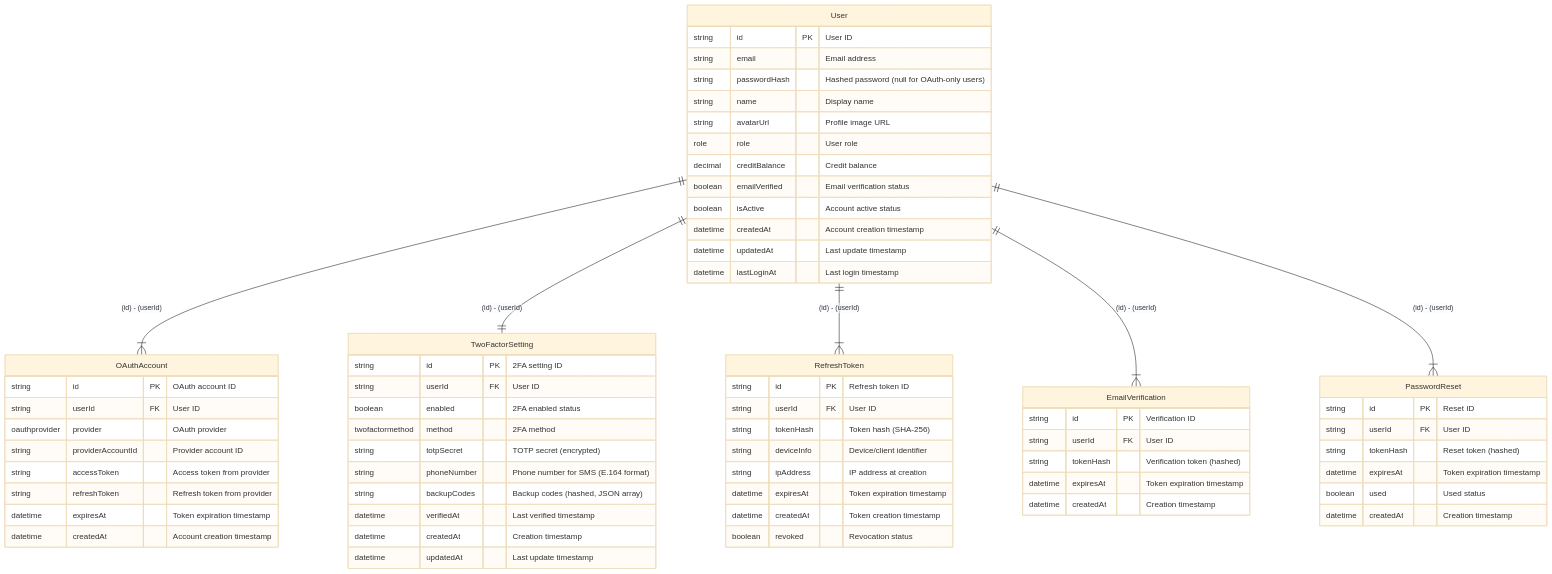
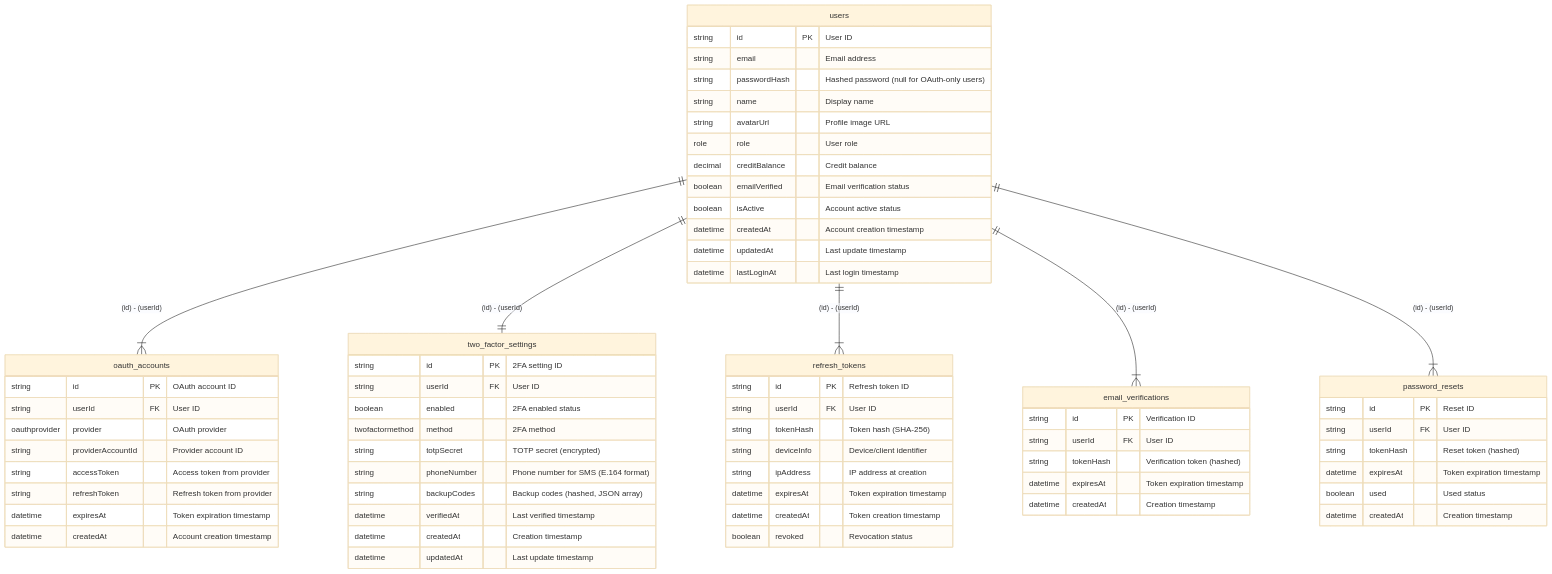
Before and after one commit to nakita628/hekireki: the diagram in fixtures/jwt-auth-pg/mermaid-er/ER.md, drawn with Mermaid (base theme). The commit also changed 10 other files, not shown here.

````diff
--- a/fixtures/jwt-auth-pg/mermaid-er/ER.md
+++ b/fixtures/jwt-auth-pg/mermaid-er/ER.md
@@ -1,69 +1,69 @@
 ```mermaid
 erDiagram
-    User ||--}| OAuthAccount : "(id) - (userId)"
-    User ||--|| TwoFactorSetting : "(id) - (userId)"
-    User ||--}| RefreshToken : "(id) - (userId)"
-    User ||--}| EmailVerification : "(id) - (userId)"
-    User ||--}| PasswordReset : "(id) - (userId)"
-    User {
+    users ||--}| oauth_accounts : "(id) - (userId)"
+    users ||--|| two_factor_settings : "(id) - (userId)"
+    users ||--}| refresh_tokens : "(id) - (userId)"
+    users ||--}| email_verifications : "(id) - (userId)"
+    users ||--}| password_resets : "(id) - (userId)"
+    users {
         string id PK "User ID"
         string email "Email address"
         string passwordHash "Hashed password (null for OAuth-only users)"
         string name "Display name"
         string avatarUrl "Profile image URL"
         role role "User role"
         decimal creditBalance "Credit balance"
         boolean emailVerified "Email verification status"
         boolean isActive "Account active status"
         datetime createdAt "Account creation timestamp"
         datetime updatedAt "Last update timestamp"
         datetime lastLoginAt "Last login timestamp"
     }
-    OAuthAccount {
+    oauth_accounts {
         string id PK "OAuth account ID"
         string userId FK "User ID"
         oauthprovider provider "OAuth provider"
         string providerAccountId "Provider account ID"
         string accessToken "Access token from provider"
         string refreshToken "Refresh token from provider"
         datetime expiresAt "Token expiration timestamp"
         datetime createdAt "Account creation timestamp"
     }
-    TwoFactorSetting {
+    two_factor_settings {
         string id PK "2FA setting ID"
         string userId FK "User ID"
         boolean enabled "2FA enabled status"
         twofactormethod method "2FA method"
         string totpSecret "TOTP secret (encrypted)"
         string phoneNumber "Phone number for SMS (E.164 format)"
         string backupCodes "Backup codes (hashed, JSON array)"
         datetime verifiedAt "Last verified timestamp"
         datetime createdAt "Creation timestamp"
         datetime updatedAt "Last update timestamp"
     }
-    RefreshToken {
+    refresh_tokens {
         string id PK "Refresh token ID"
         string userId FK "User ID"
         string tokenHash "Token hash (SHA-256)"
         string deviceInfo "Device/client identifier"
         string ipAddress "IP address at creation"
         datetime expiresAt "Token expiration timestamp"
         datetime createdAt "Token creation timestamp"
         boolean revoked "Revocation status"
     }
-    EmailVerification {
+    email_verifications {
         string id PK "Verification ID"
         string userId FK "User ID"
         string tokenHash "Verification token (hashed)"
         datetime expiresAt "Token expiration timestamp"
         datetime createdAt "Creation timestamp"
     }
-    PasswordReset {
+    password_resets {
         string id PK "Reset ID"
         string userId FK "User ID"
         string tokenHash "Reset token (hashed)"
         datetime expiresAt "Token expiration timestamp"
         boolean used "Used status"
         datetime createdAt "Creation timestamp"
     }
 ```
````
